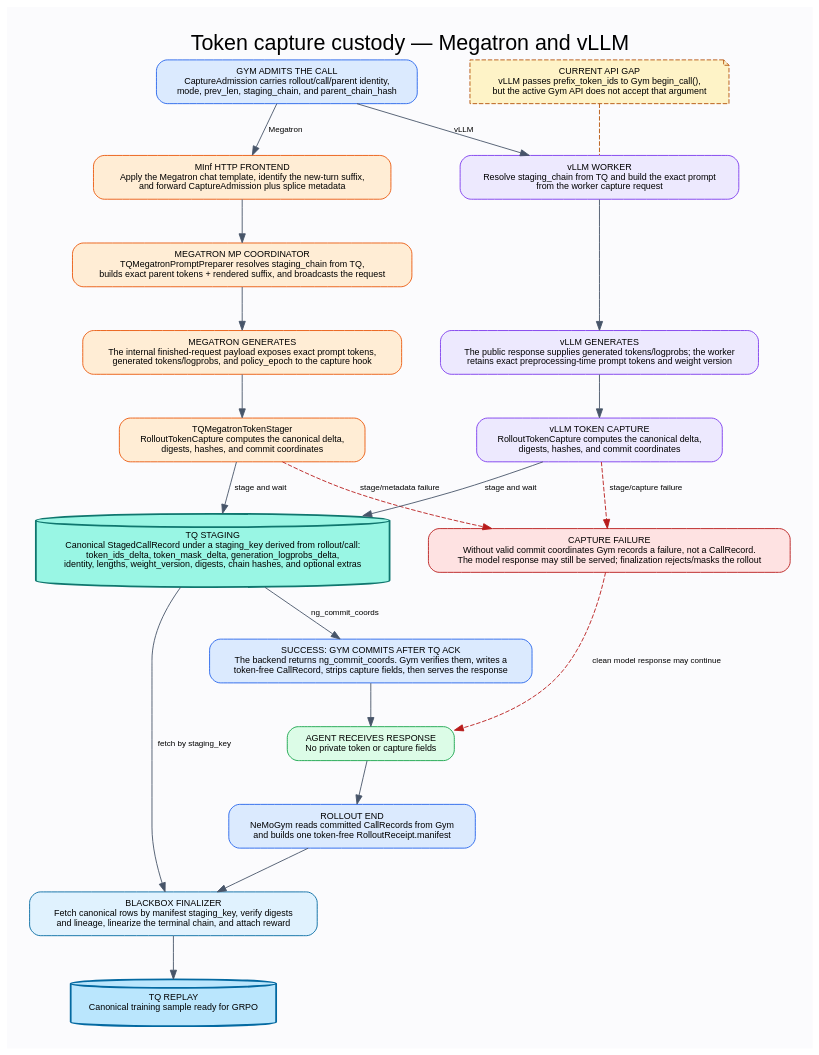
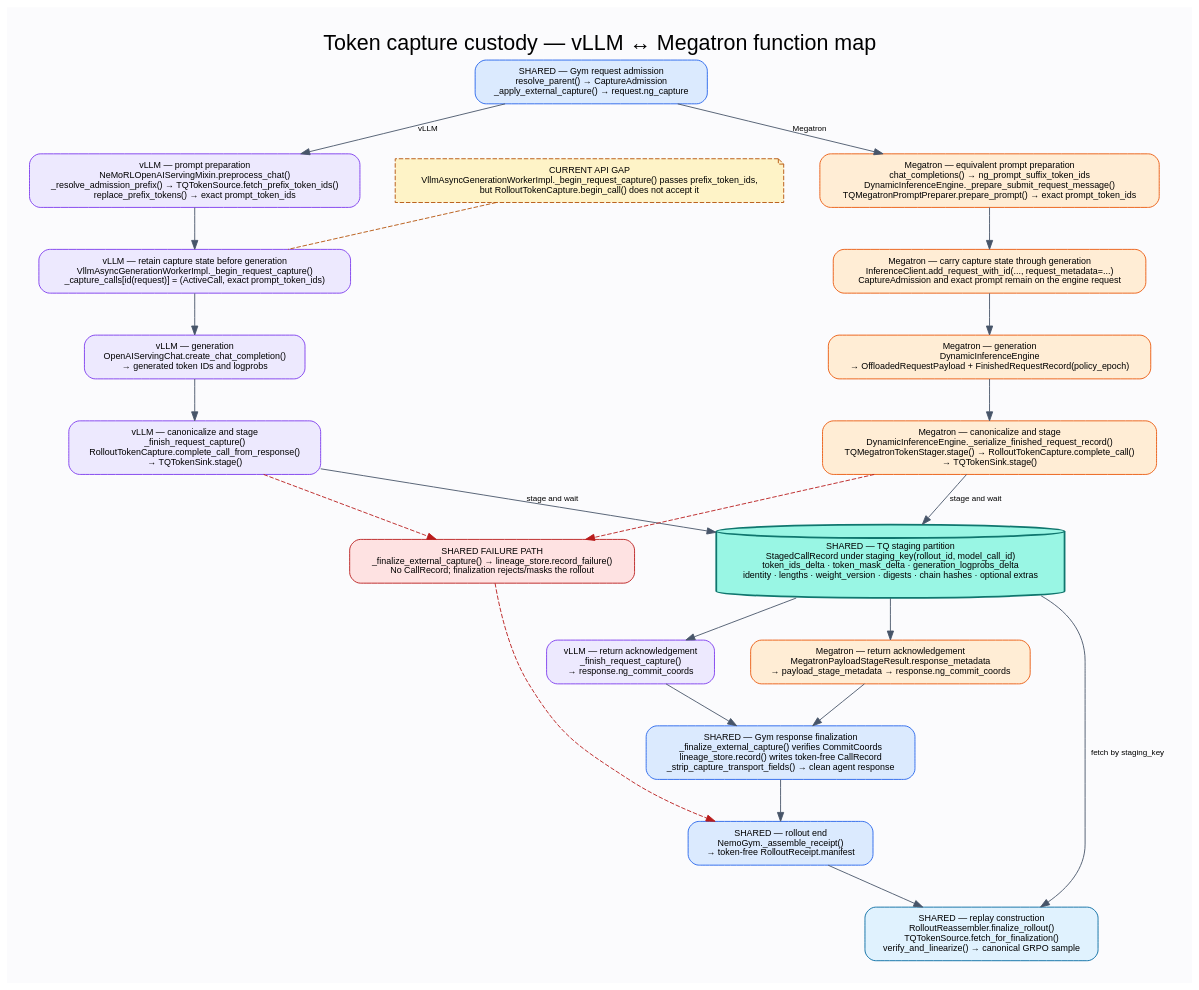
The diagram in docs/assets/token-capture-ledger-queue-data-flow.dot (lauradang/RL), drawn with Graphviz before and after one commit. The commit also changed 1 other file, not shown here.

Commit message:
docs(token-capture): map backend functions side by side

```diff
--- a/docs/assets/token-capture-ledger-queue-data-flow.dot
+++ b/docs/assets/token-capture-ledger-queue-data-flow.dot
@@ -1,153 +1,163 @@
 digraph token_capture_flow {
   graph [
     rankdir=TB,
     bgcolor="#fbfbfd",
     pad="0.35",
-    nodesep="0.6",
-    ranksep="0.65",
+    nodesep="0.55",
+    ranksep="0.62",
     fontname="Helvetica",
     labelloc="t",
-    label="Token capture custody — Megatron and vLLM",
+    label="Token capture custody — vLLM ↔ Megatron function map",
     fontsize=24
   ];
 
   node [
     shape=box,
     style="rounded,filled",
     fillcolor="white",
     color="#475569",
     fontname="Helvetica",
     fontsize=10,
     margin="0.16,0.11"
   ];
   edge [color="#475569", fontname="Helvetica", fontsize=9];
 
-  gym_request [
+  gym_admit [
     color="#2563eb",
     fillcolor="#dbeafe",
-    label="GYM ADMITS THE CALL\nCaptureAdmission carries rollout/call/parent identity,\nmode, prev_len, staging_chain, and parent_chain_hash"
+    label="SHARED — Gym request admission\nresolve_parent() → CaptureAdmission\n_apply_external_capture() → request.ng_capture"
   ];
 
-  minf_frontend [
+  vllm_prepare [
     group="left",
+    color="#7c3aed",
+    fillcolor="#ede9fe",
+    label="vLLM — prompt preparation\nNeMoRLOpenAIServingMixin.preprocess_chat()\n_resolve_admission_prefix() → TQTokenSource.fetch_prefix_token_ids()\nreplace_prefix_tokens() → exact prompt_token_ids"
+  ];
+  megatron_prepare [
+    group="right",
     color="#ea580c",
     fillcolor="#ffedd5",
-    label="MInf HTTP FRONTEND\nApply the Megatron chat template, identify the new-turn suffix,\nand forward CaptureAdmission plus splice metadata"
+    label="Megatron — equivalent prompt preparation\nchat_completions() → ng_prompt_suffix_token_ids\nDynamicInferenceEngine._prepare_submit_request_message()\nTQMegatronPromptPreparer.prepare_prompt() → exact prompt_token_ids"
   ];
-  megatron_prepare [
+
+  vllm_admit [
     group="left",
+    color="#7c3aed",
+    fillcolor="#ede9fe",
+    label="vLLM — retain capture state before generation\nVllmAsyncGenerationWorkerImpl._begin_request_capture()\n_capture_calls[id(request)] = (ActiveCall, exact prompt_token_ids)"
+  ];
+  megatron_admit [
+    group="right",
     color="#ea580c",
     fillcolor="#ffedd5",
-    label="MEGATRON MP COORDINATOR\nTQMegatronPromptPreparer resolves staging_chain from TQ,\nbuilds exact parent tokens + rendered suffix, and broadcasts the request"
+    label="Megatron — carry capture state through generation\nInferenceClient.add_request_with_id(..., request_metadata=...)\nCaptureAdmission and exact prompt remain on the engine request"
   ];
-  vllm_prepare [
-    group="right",
+
+  vllm_generate [
+    group="left",
     color="#7c3aed",
     fillcolor="#ede9fe",
-    label="vLLM WORKER\nResolve staging_chain from TQ and build the exact prompt\nfrom the worker capture request"
+    label="vLLM — generation\nOpenAIServingChat.create_chat_completion()\n→ generated token IDs and logprobs"
+  ];
+  megatron_generate [
+    group="right",
+    color="#ea580c",
+    fillcolor="#ffedd5",
+    label="Megatron — generation\nDynamicInferenceEngine\n→ OffloadedRequestPayload + FinishedRequestRecord(policy_epoch)"
   ];
 
-  megatron_generate [
+  vllm_capture [
     group="left",
+    color="#7c3aed",
+    fillcolor="#ede9fe",
+    label="vLLM — canonicalize and stage\n_finish_request_capture()\nRolloutTokenCapture.complete_call_from_response()\n→ TQTokenSink.stage()"
+  ];
+  megatron_capture [
+    group="right",
     color="#ea580c",
     fillcolor="#ffedd5",
-    label="MEGATRON GENERATES\nThe internal finished-request payload exposes exact prompt tokens,\ngenerated tokens/logprobs, and policy_epoch to the capture hook"
-  ];
-  vllm_generate [
-    group="right",
-    color="#7c3aed",
-    fillcolor="#ede9fe",
-    label="vLLM GENERATES\nThe public response supplies generated tokens/logprobs; the worker\nretains exact preprocessing-time prompt tokens and weight version"
-  ];
-
-  megatron_capture [
-    group="left",
-    color="#ea580c",
-    fillcolor="#ffedd5",
-    label="TQMegatronTokenStager\nRolloutTokenCapture computes the canonical delta,\ndigests, hashes, and commit coordinates"
-  ];
-  vllm_capture [
-    group="right",
-    color="#7c3aed",
-    fillcolor="#ede9fe",
-    label="vLLM TOKEN CAPTURE\nRolloutTokenCapture computes the canonical delta,\ndigests, hashes, and commit coordinates"
+    label="Megatron — canonicalize and stage\nDynamicInferenceEngine._serialize_finished_request_record()\nTQMegatronTokenStager.stage() → RolloutTokenCapture.complete_call()\n→ TQTokenSink.stage()"
   ];
 
   tq_staging [
     shape=cylinder,
     color="#0f766e",
     fillcolor="#99f6e4",
     penwidth=2,
-    label="TQ STAGING\nCanonical StagedCallRecord under a staging_key derived from rollout/call:\ntoken_ids_delta, token_mask_delta, generation_logprobs_delta,\nidentity, lengths, weight_version, digests, chain hashes, and optional extras"
+    label="SHARED — TQ staging partition\nStagedCallRecord under staging_key(rollout_id, model_call_id)\ntoken_ids_delta · token_mask_delta · generation_logprobs_delta\nidentity · lengths · weight_version · digests · chain hashes · optional extras"
+  ];
+
+  vllm_coords [
+    group="left",
+    color="#7c3aed",
+    fillcolor="#ede9fe",
+    label="vLLM — return acknowledgement\n_finish_request_capture()\n→ response.ng_commit_coords"
+  ];
+  megatron_coords [
+    group="right",
+    color="#ea580c",
+    fillcolor="#ffedd5",
+    label="Megatron — return acknowledgement\nMegatronPayloadStageResult.response_metadata\n→ payload_stage_metadata → response.ng_commit_coords"
   ];
 
   gym_commit [
     color="#2563eb",
     fillcolor="#dbeafe",
-    label="SUCCESS: GYM COMMITS AFTER TQ ACK\nThe backend returns ng_commit_coords. Gym verifies them, writes a\ntoken-free CallRecord, strips capture fields, then serves the response"
+    label="SHARED — Gym response finalization\n_finalize_external_capture() verifies CommitCoords\nlineage_store.record() writes token-free CallRecord\n_strip_capture_transport_fields() → clean agent response"
   ];
 
   capture_failure [
     color="#b91c1c",
     fillcolor="#fee2e2",
-    label="CAPTURE FAILURE\nWithout valid commit coordinates Gym records a failure, not a CallRecord.\nThe model response may still be served; finalization rejects/masks the rollout"
-  ];
-
-  agent [
-    color="#16a34a",
-    fillcolor="#dcfce7",
-    label="AGENT RECEIVES RESPONSE\nNo private token or capture fields"
+    label="SHARED FAILURE PATH\n_finalize_external_capture() → lineage_store.record_failure()\nNo CallRecord; finalization rejects/masks the rollout"
   ];
 
   receipt [
     color="#2563eb",
     fillcolor="#dbeafe",
-    label="ROLLOUT END\nNeMoGym reads committed CallRecords from Gym\nand builds one token-free RolloutReceipt.manifest"
+    label="SHARED — rollout end\nNemoGym._assemble_receipt()\n→ token-free RolloutReceipt.manifest"
   ];
 
   finalizer [
     color="#0369a1",
     fillcolor="#e0f2fe",
-    label="BLACKBOX FINALIZER\nFetch canonical rows by manifest staging_key, verify digests\nand lineage, linearize the terminal chain, and attach reward"
+    label="SHARED — replay construction\nRolloutReassembler.finalize_rollout()\nTQTokenSource.fetch_for_finalization()\nverify_and_linearize() → canonical GRPO sample"
   ];
 
-  tq_replay [
-    shape=cylinder,
-    color="#0369a1",
-    fillcolor="#bae6fd",
-    penwidth=2,
-    label="TQ REPLAY\nCanonical training sample ready for GRPO"
-  ];
-
-  vllm_api_gap [
+  api_gap [
     shape=note,
     style="filled,dashed",
     color="#b45309",
     fillcolor="#fef3c7",
-    label="CURRENT API GAP\nvLLM passes prefix_token_ids to Gym begin_call(),\nbut the active Gym API does not accept that argument"
+    label="CURRENT API GAP\nVllmAsyncGenerationWorkerImpl._begin_request_capture() passes prefix_token_ids,\nbut RolloutTokenCapture.begin_call() does not accept it"
   ];
 
-  gym_request -> minf_frontend [label="Megatron"];
-  gym_request -> vllm_prepare [label="vLLM"];
-  minf_frontend -> megatron_prepare;
-  megatron_prepare -> megatron_generate;
-  vllm_prepare -> vllm_generate;
+  gym_admit -> vllm_prepare [label="vLLM"];
+  gym_admit -> megatron_prepare [label="Megatron"];
+  vllm_prepare -> vllm_admit;
+  megatron_prepare -> megatron_admit;
+  vllm_admit -> vllm_generate;
+  megatron_admit -> megatron_generate;
+  vllm_generate -> vllm_capture;
   megatron_generate -> megatron_capture;
-  vllm_generate -> vllm_capture;
+  vllm_capture -> tq_staging [label="stage and wait"];
   megatron_capture -> tq_staging [label="stage and wait"];
-  vllm_capture -> tq_staging [label="stage and wait"];
-  megatron_capture -> capture_failure [label="stage/metadata failure", style=dashed, color="#b91c1c"];
-  vllm_capture -> capture_failure [label="stage/capture failure", style=dashed, color="#b91c1c"];
-  tq_staging -> gym_commit [label="ng_commit_coords"];
-  gym_commit -> agent;
-  capture_failure -> agent [label="clean model response may continue", style=dashed, color="#b91c1c"];
-  agent -> receipt;
+  tq_staging -> vllm_coords;
+  tq_staging -> megatron_coords;
+  vllm_coords -> gym_commit;
+  megatron_coords -> gym_commit;
+  vllm_capture -> capture_failure [style=dashed, color="#b91c1c"];
+  megatron_capture -> capture_failure [style=dashed, color="#b91c1c"];
+  gym_commit -> receipt;
+  capture_failure -> receipt [style=dashed, color="#b91c1c"];
   receipt -> finalizer;
   finalizer -> tq_staging [label="fetch by staging_key", dir=back];
-  finalizer -> tq_replay;
-  vllm_api_gap -> vllm_prepare [style=dashed, color="#b45309", arrowhead=none];
+  api_gap -> vllm_admit [style=dashed, color="#b45309", arrowhead=none];
 
-  { rank=same; minf_frontend; vllm_prepare; }
-  { rank=same; megatron_generate; vllm_generate; }
-  { rank=same; megatron_capture; vllm_capture; }
+  { rank=same; vllm_prepare; megatron_prepare; }
+  { rank=same; vllm_admit; megatron_admit; }
+  { rank=same; vllm_generate; megatron_generate; }
+  { rank=same; vllm_capture; megatron_capture; }
+  { rank=same; vllm_coords; megatron_coords; }
 }
```
